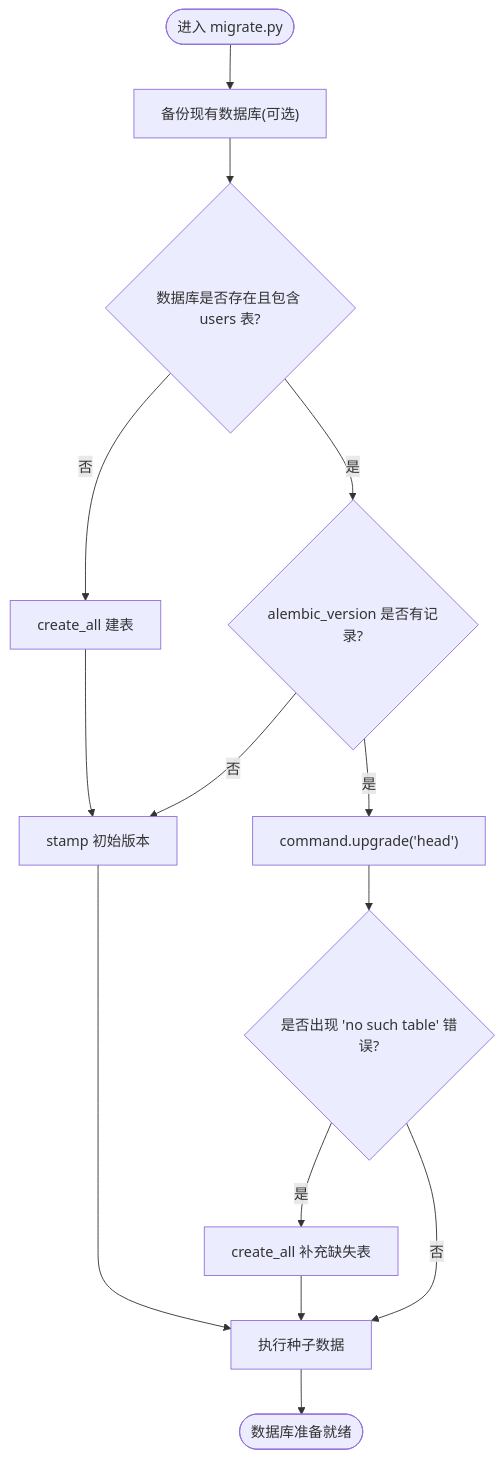
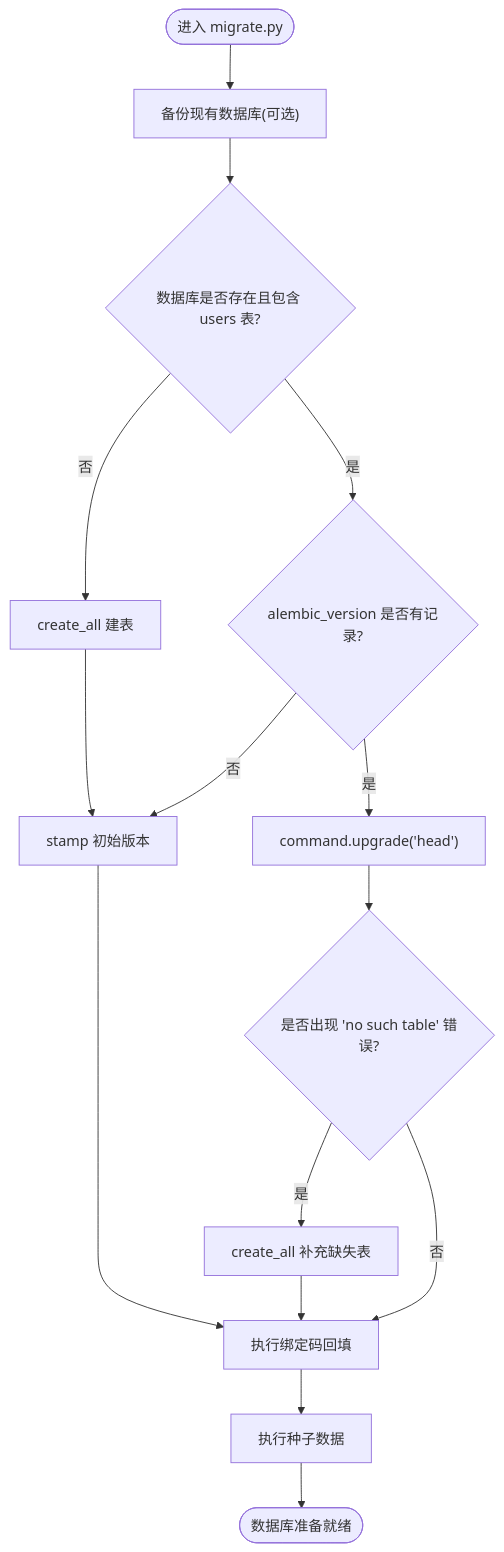
One commit to onebody/homework changed the third of 4 diagrams in .qoder/repowiki/zh/content/数据库设计/Alembic数据库迁移系统.md. Above: the diagram before and after it, drawn with Mermaid. The commit also changed other lines of this file and 6 other files, not shown here.

````diff
--- a/.qoder/repowiki/zh/content/数据库设计/Alembic数据库迁移系统.md
+++ b/.qoder/repowiki/zh/content/数据库设计/Alembic数据库迁移系统.md
@@ -217,16 +228,17 @@
 ```mermaid
 flowchart TD
 Start(["进入 migrate.py"]) --> Backup["备份现有数据库(可选)"]
 Backup --> CheckDB{"数据库是否存在且包含 users 表?"}
 CheckDB --> |否| CreateAll["create_all 建表"]
 CreateAll --> Stamp["stamp 初始版本"]
 CheckDB --> |是| HasVersion{"alembic_version 是否有记录?"}
 HasVersion --> |否| Stamp
 HasVersion --> |是| Upgrade["command.upgrade('head')"]
 Upgrade --> ErrorCheck{"是否出现 'no such table' 错误?"}
 ErrorCheck --> |是| Fallback["create_all 补充缺失表"]
-ErrorCheck --> |否| Seed["执行种子数据"]
-Stamp --> Seed
-Fallback --> Seed
+ErrorCheck --> |否| BindCode["执行绑定码回填"]
+BindCode --> Seed["执行种子数据"]
+Stamp --> BindCode
+Fallback --> BindCode
 Seed --> End(["数据库准备就绪"])
 ```
````
